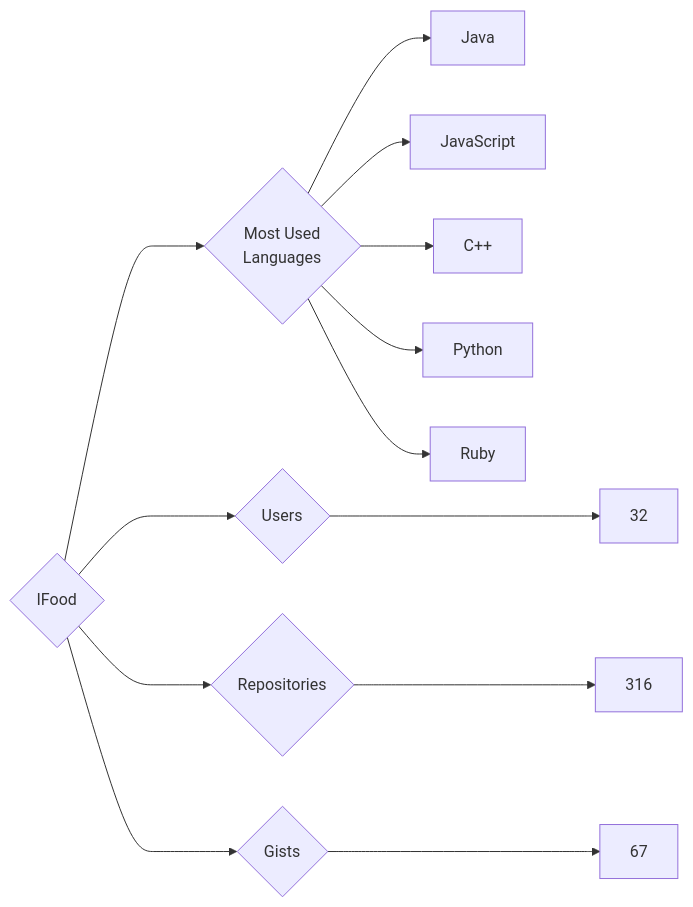
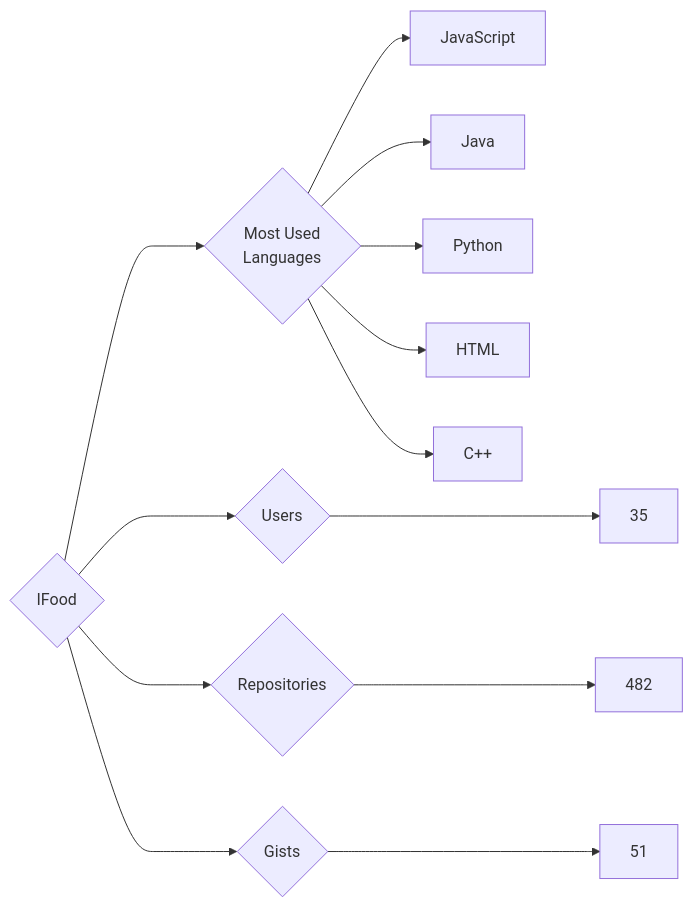
One commit to trickest/insiders changed the diagram in targets/IFood/README.md. Above: the diagram before and after it, drawn with Mermaid. The commit also changed 916 other files, not shown here.

````diff
--- a/targets/IFood/README.md
+++ b/targets/IFood/README.md
@@ -3,13 +3,13 @@
 ```mermaid
 graph LR
 COMPANY_NAME{IFood}
-COMPANY_NAME ---> U{Users} ---> UN[32]
-COMPANY_NAME ---> R{Repositories} ---> RN[316]
-COMPANY_NAME ---> G{Gists} ---> GN[67]
+COMPANY_NAME ---> U{Users} ---> UN[35]
+COMPANY_NAME ---> R{Repositories} ---> RN[482]
+COMPANY_NAME ---> G{Gists} ---> GN[51]
 COMPANY_NAME ---> ML{Most Used<br>Languages}
+ML --> JavaScript[JavaScript]
 ML --> Java[Java]
-ML --> JavaScript[JavaScript]
+ML --> Python[Python]
+ML --> HTML[HTML]
 ML --> C++[C++]
-ML --> Python[Python]
-ML --> Ruby[Ruby]
 ```
````
